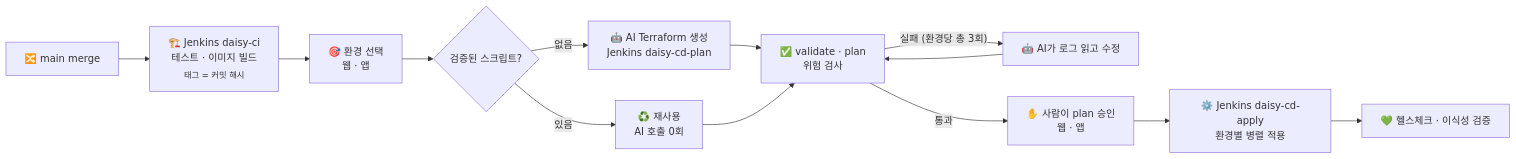
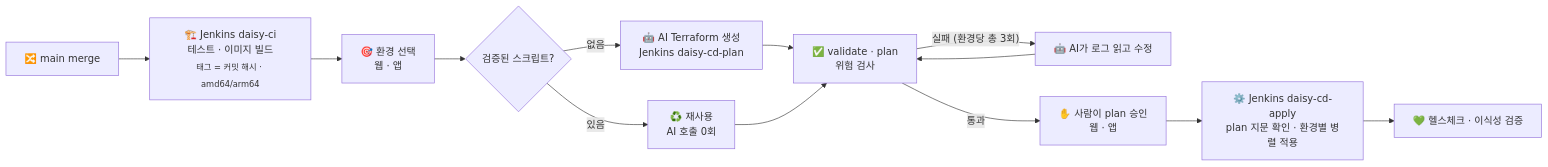
Before and after one commit to Softbank-Hackathon-2026-Team-Daisy/.github: the diagram in profile/README.md, drawn with Mermaid. The commit also changed other lines of this file and 17 other files, not shown here.

````diff
--- a/profile/README.md
+++ b/profile/README.md
@@ -111,15 +244,15 @@
 ```mermaid
 flowchart LR
-    A["🔀 main merge"] --> B["🏗️ Jenkins daisy-ci<br/>테스트 · 이미지 빌드<br/><sub>태그 = 커밋 해시</sub>"]
+    A["🔀 main merge"] --> B["🏗️ Jenkins daisy-ci<br/>테스트 · 이미지 빌드<br/><sub>태그 = 커밋 해시 · amd64/arm64</sub>"]
     B --> C["🎯 환경 선택<br/>웹 · 앱"]
     C --> D{"검증된 스크립트?"}
     D -- "있음" --> E["♻️ 재사용<br/>AI 호출 0회"]
     D -- "없음" --> F["🤖 AI Terraform 생성<br/>Jenkins daisy-cd-plan"]
     F --> G["✅ validate · plan<br/>위험 검사"]
     E --> G
     G -- "실패 (환경당 총 3회)" --> H["🤖 AI가 로그 읽고 수정"]
     H --> G
     G -- "통과" --> I["✋ 사람이 plan 승인<br/>웹 · 앱"]
-    I --> J["⚙️ Jenkins daisy-cd-apply<br/>환경별 병렬 적용"]
+    I --> J["⚙️ Jenkins daisy-cd-apply<br/>plan 지문 확인 · 환경별 병렬 적용"]
     J --> K["💚 헬스체크 · 이식성 검증"]
 ```
````
